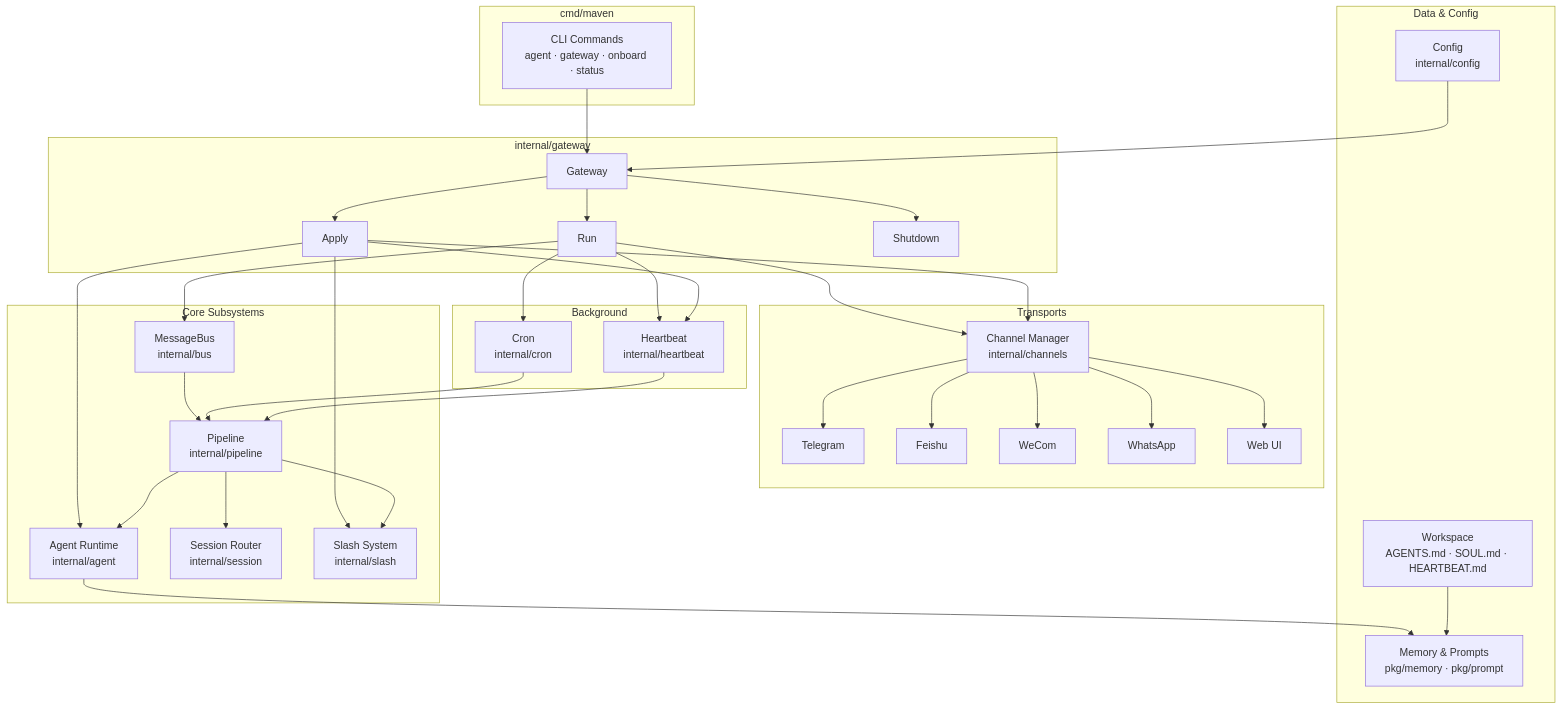
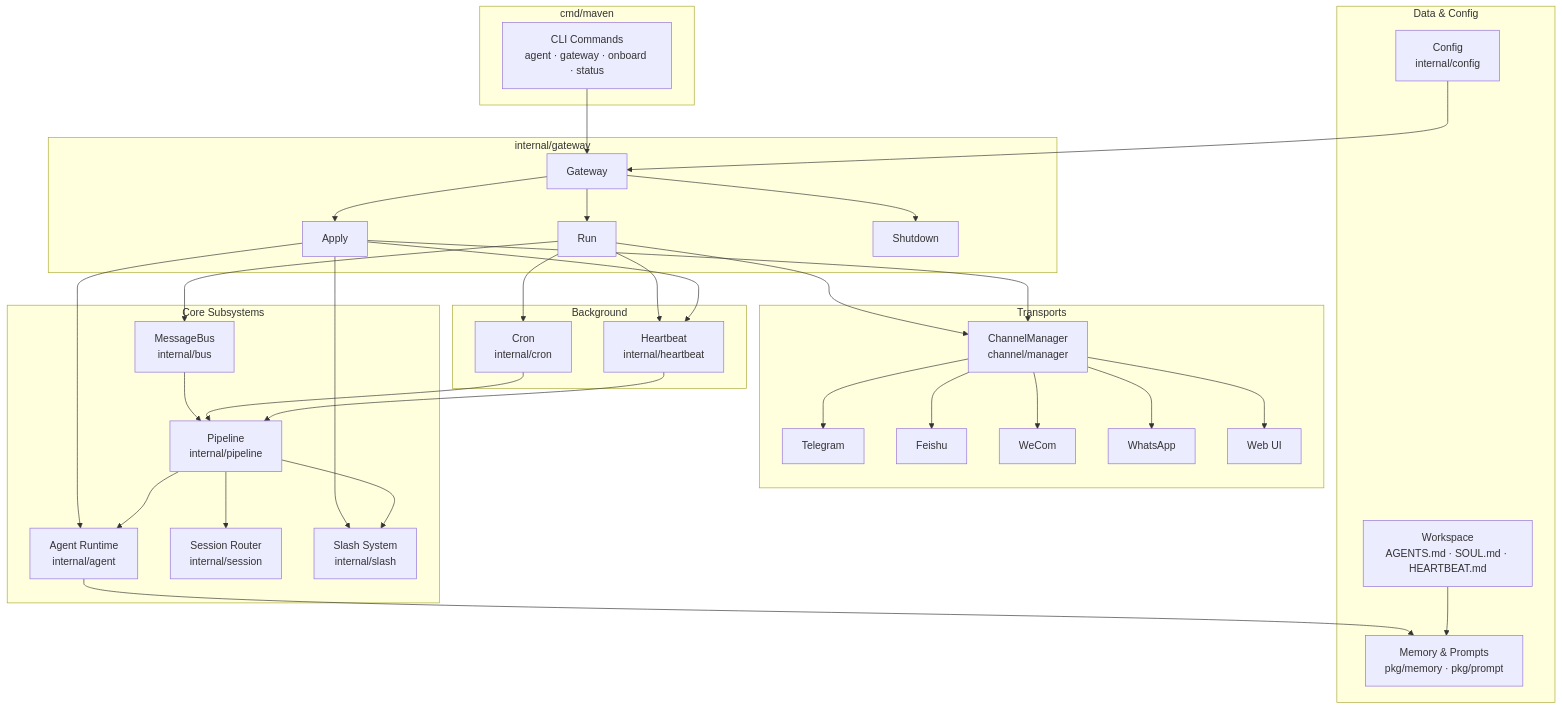
One commit to ageneralai/maven changed the second of 5 diagrams in docs/architecture.md. Above: the diagram before and after it, drawn with Mermaid. The commit also changed other lines of this file and 53 other files, not shown here.

````diff
--- a/docs/architecture.md
+++ b/docs/architecture.md
@@ -80,68 +80,68 @@
 ```mermaid
 flowchart TB
     subgraph cmd["cmd/maven"]
         CLI[CLI Commands<br/>agent · gateway · onboard · status]
     end
 
     subgraph gw["internal/gateway"]
         G[Gateway]
         APPLY[Apply]
         RUN[Run]
         SH[Shutdown]
     end
 
     subgraph core["Core Subsystems"]
         BUS[MessageBus<br/>internal/bus]
         PIPE[Pipeline<br/>internal/pipeline]
         RT[Agent Runtime<br/>internal/agent]
         SESS[Session Router<br/>internal/session]
         SLASH[Slash System<br/>internal/slash]
     end
 
     subgraph transports["Transports"]
-        CM[Channel Manager<br/>internal/channels]
+        CM[ChannelManager<br/>channel/manager]
         TG[Telegram]
         FS[Feishu]
         WC[WeCom]
         WA[WhatsApp]
         WUI[Web UI]
     end
 
     subgraph bg["Background"]
         CR[Cron<br/>internal/cron]
         HB[Heartbeat<br/>internal/heartbeat]
     end
 
     subgraph data["Data & Config"]
         CFG[Config<br/>internal/config]
         MEM[Memory & Prompts<br/>pkg/memory · pkg/prompt]
         WS[Workspace<br/>AGENTS.md · SOUL.md · HEARTBEAT.md]
     end
 
     CLI --> G
     G --> APPLY
     G --> RUN
     G --> SH
     RUN --> BUS
     RUN --> CM
     RUN --> CR
     RUN --> HB
     APPLY --> RT
     APPLY --> CM
     APPLY --> SLASH
     APPLY --> HB
     BUS --> PIPE
     PIPE --> RT
     PIPE --> SESS
     PIPE --> SLASH
     CM --> TG
     CM --> FS
     CM --> WC
     CM --> WA
     CM --> WUI
     CR --> PIPE
     HB --> PIPE
     RT --> MEM
     CFG --> G
     WS --> MEM
 ```
````
